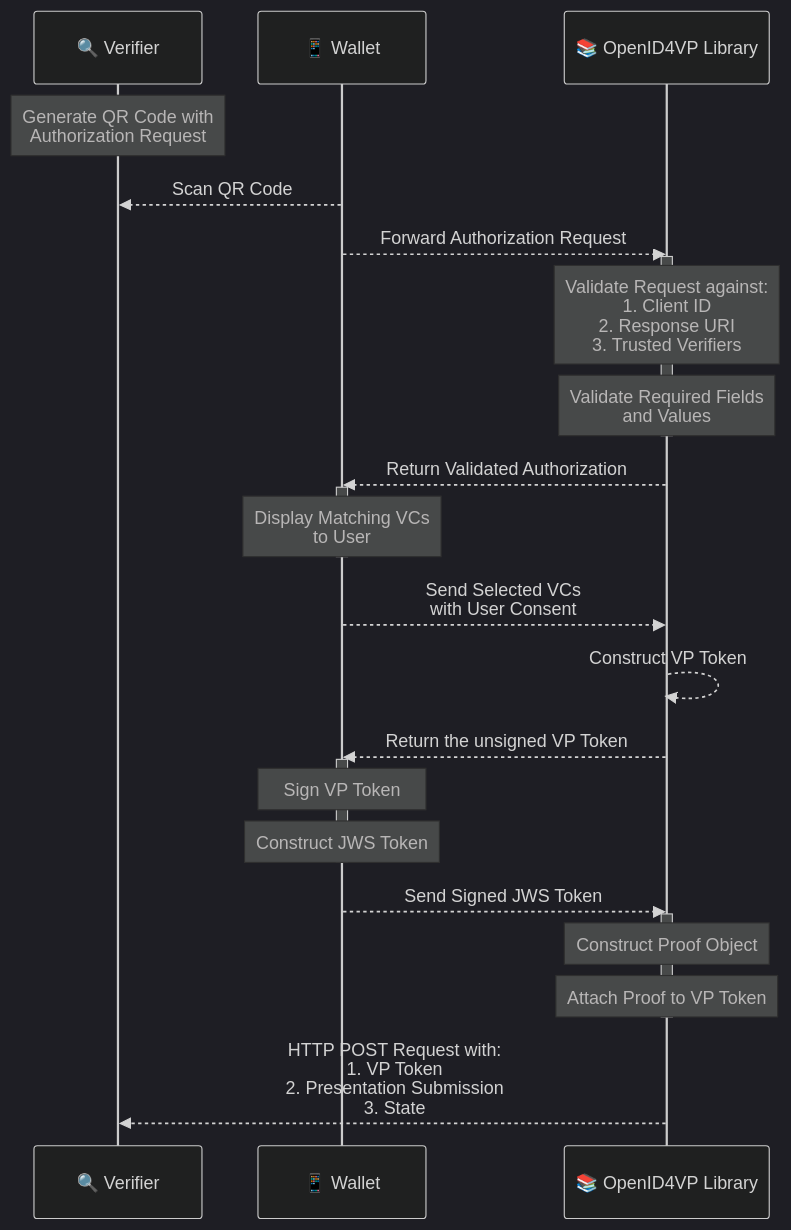
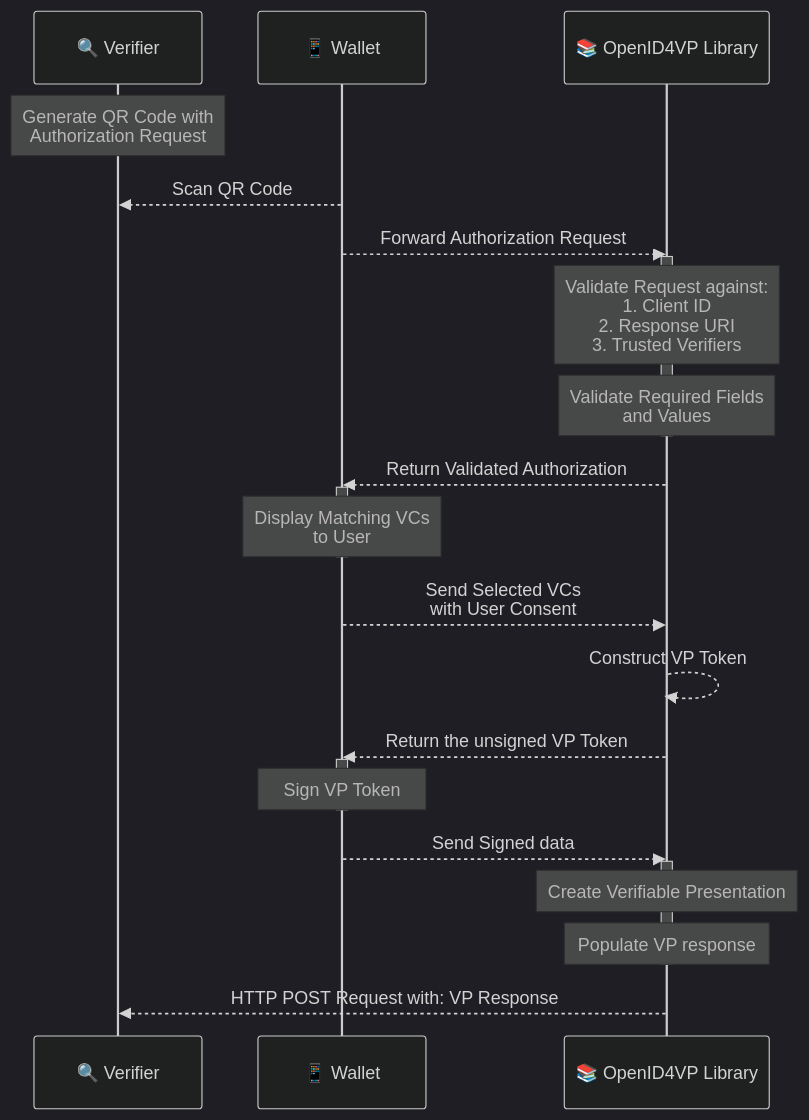
Before and after one commit to inji/documentation: the diagram in inji-wallet/inji-mobile/technical-overview/integration-guide/building-verifiable-credentials-wallet-with-inji-libraries/openid4vp.md, drawn with Mermaid (dark theme). The commit also changed other lines of this file and 11 other files, not shown here.

````diff
--- a/inji-wallet/inji-mobile/technical-overview/integration-guide/building-verifiable-credentials-wallet-with-inji-libraries/openid4vp.md
+++ b/inji-wallet/inji-mobile/technical-overview/integration-guide/building-verifiable-credentials-wallet-with-inji-libraries/openid4vp.md
@@ -79,39 +112,38 @@
 ```mermaid
 sequenceDiagram
     participant Verifier as 🔍 Verifier
     participant Wallet as 📱 Wallet
     participant Library as 📚 OpenID4VP Library
     
     Note over Verifier: Generate QR Code with<br/>Authorization Request
     Wallet -->> Verifier: Scan QR Code
     Wallet -->> Library: Forward Authorization Request
 
     activate Library
     Note over Library: Validate Request against:<br/>1. Client ID<br/>2. Response URI<br/>3. Trusted Verifiers
     Note over Library: Validate Required Fields<br/>and Values
     deactivate Library
     Library-->>Wallet: Return Validated Authorization
     
 
     activate Wallet
     Note over Wallet: Display Matching VCs<br/>to User
     deactivate Wallet
     
     Wallet-->>Library: Send Selected VCs<br/>with User Consent
     Library-->>Library: Construct VP Token
     Library-->>Wallet: Return the unsigned VP Token
     
     activate Wallet
     Note over Wallet: Sign VP Token
-    Note over Wallet: Construct JWS Token
     deactivate Wallet
-    Wallet-->>Library: Send Signed JWS Token
+    Wallet-->>Library: Send Signed data
     
     activate Library
-    Note over Library: Construct Proof Object
-    Note over Library: Attach Proof to VP Token
+    Note over Library: Create Verifiable Presentation
+    Note over Library: Populate VP response
     deactivate Library
     
-    Library-->>Verifier: HTTP POST Request with:<br/>1. VP Token<br/>2. Presentation Submission<br/>3. State
+    Library-->>Verifier: HTTP POST Request with: VP Response 
 
 ```
````
